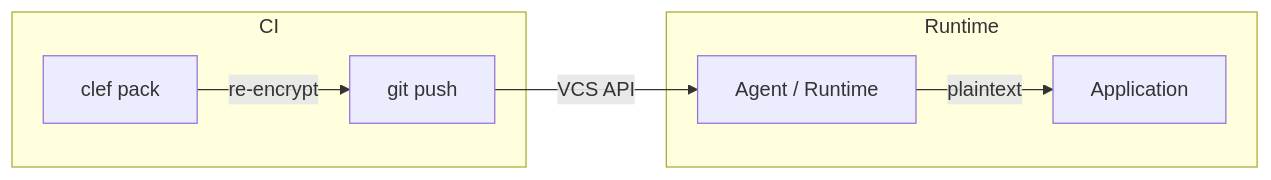
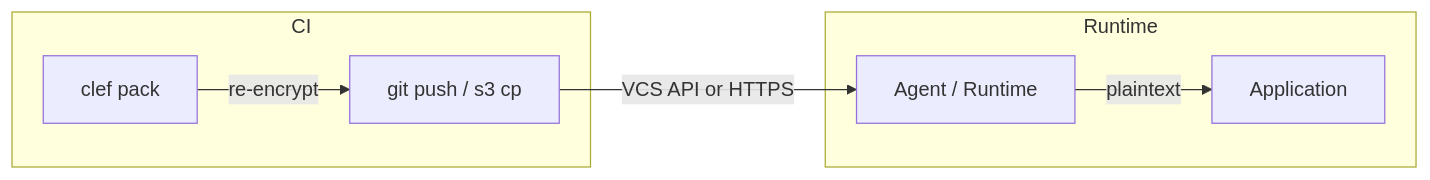
Before and after one commit to clef-sh/clef: the diagram in docs/guide/agent.md, drawn with Mermaid. The commit also changed other lines of this file and 39 other files, not shown here.

````diff
--- a/docs/guide/agent.md
+++ b/docs/guide/agent.md
@@ -18,15 +18,15 @@
 ```mermaid
 flowchart LR
   subgraph ci["CI"]
     pack["clef pack"]
-    commit["git push"]
+    deliver["git push / s3 cp"]
   end
   subgraph runtime["Runtime"]
     agent["Agent / Runtime"]
     app["Application"]
   end
 
-  pack -->|"re-encrypt"| commit
-  commit -->|"VCS API"| agent
+  pack -->|"re-encrypt"| deliver
+  deliver -->|"VCS API or HTTPS"| agent
   agent -->|"plaintext"| app
 ```
````
